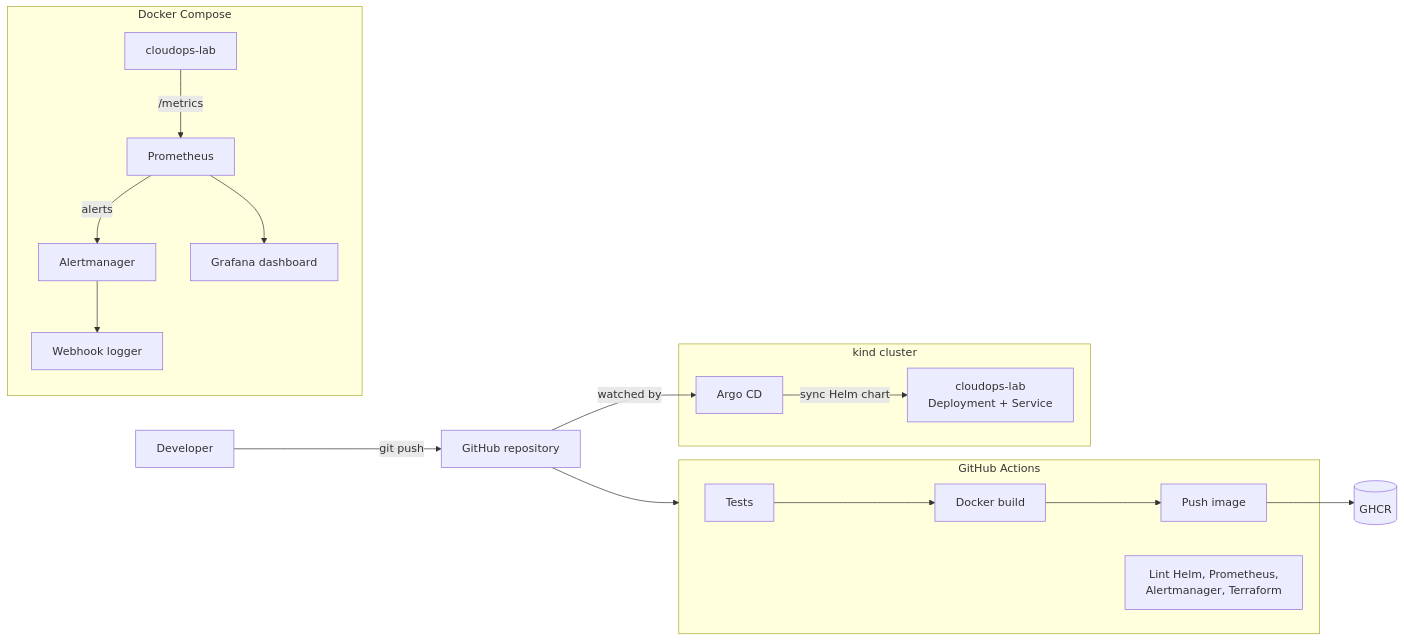
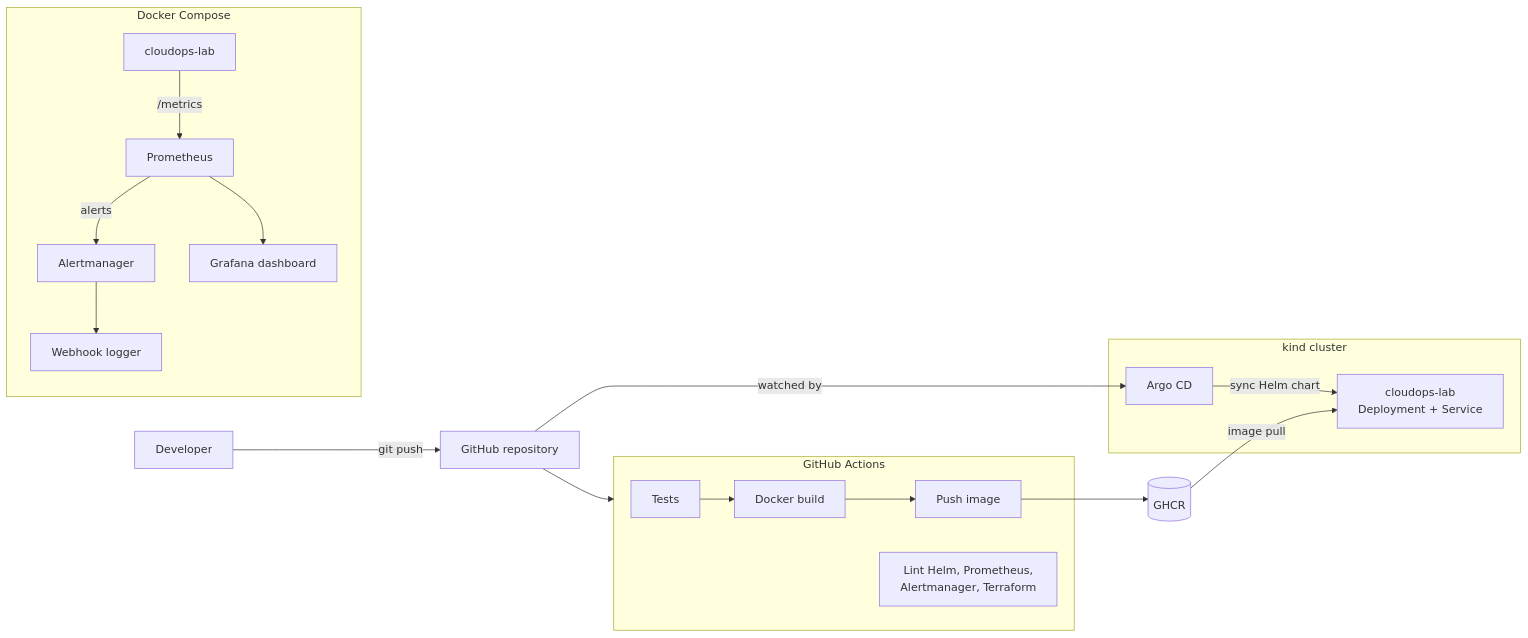
The diagram in README.md (mbanovic20/cloudops-lab), drawn with Mermaid before and after one commit. The commit also changed other lines of this file and 1 other file, not shown here.

First line of the commit message:
Deploy the image published to GHCR

````diff
--- a/README.md
+++ b/README.md
@@ -11,22 +11,23 @@
 ```mermaid
 flowchart LR
     dev[Developer] -->|git push| gh[GitHub repository]
 
     subgraph ci[GitHub Actions]
         test[Tests] --> build[Docker build] --> publish[Push image]
         validate[Lint Helm, Prometheus,<br/>Alertmanager, Terraform]
     end
     gh --> ci
     publish --> ghcr[(GHCR)]
 
     subgraph k8s[kind cluster]
         argo[Argo CD] -->|sync Helm chart| app[cloudops-lab<br/>Deployment + Service]
     end
     gh -->|watched by| argo
+    ghcr -->|image pull| app
 
     subgraph mon[Docker Compose]
         capp[cloudops-lab] -->|/metrics| prom[Prometheus]
         prom -->|alerts| am[Alertmanager] --> hook[Webhook logger]
         prom --> graf[Grafana dashboard]
     end
 ```
````
